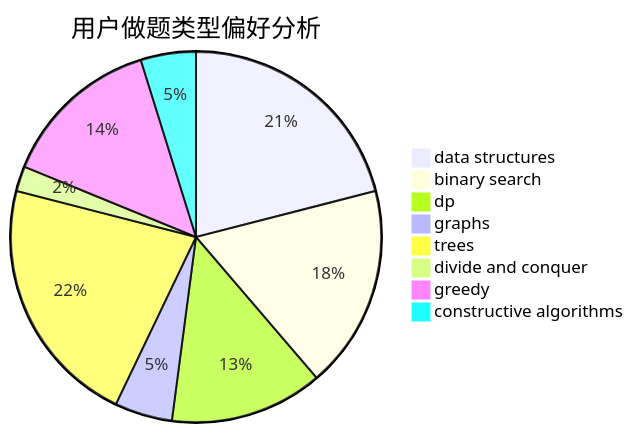
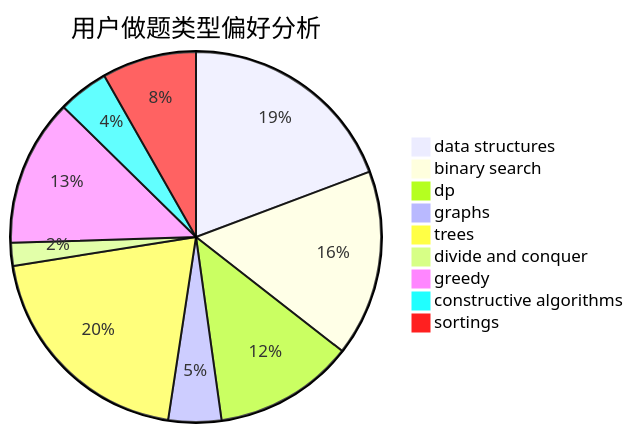
Before and after one commit to sherpahu/cfrs.github.io: the second of 3 diagrams in docs/user/u1245.md, drawn with Mermaid. The commit also changed other lines of this file and 2769 other files, not shown here.

````diff
--- a/docs/user/u1245.md
+++ b/docs/user/u1245.md
@@ -23,11 +18,12 @@
 ```mermaid
 pie title 用户做题类型偏好分析
     "data structures" :  96
     "binary search" :  81
     "dp" :  61
     "graphs" :  23
     "trees" :  100
     "divide and conquer" :  10
     "greedy" :  64
     "constructive algorithms" :  22
+    "sortings" :  41
 ```
````
